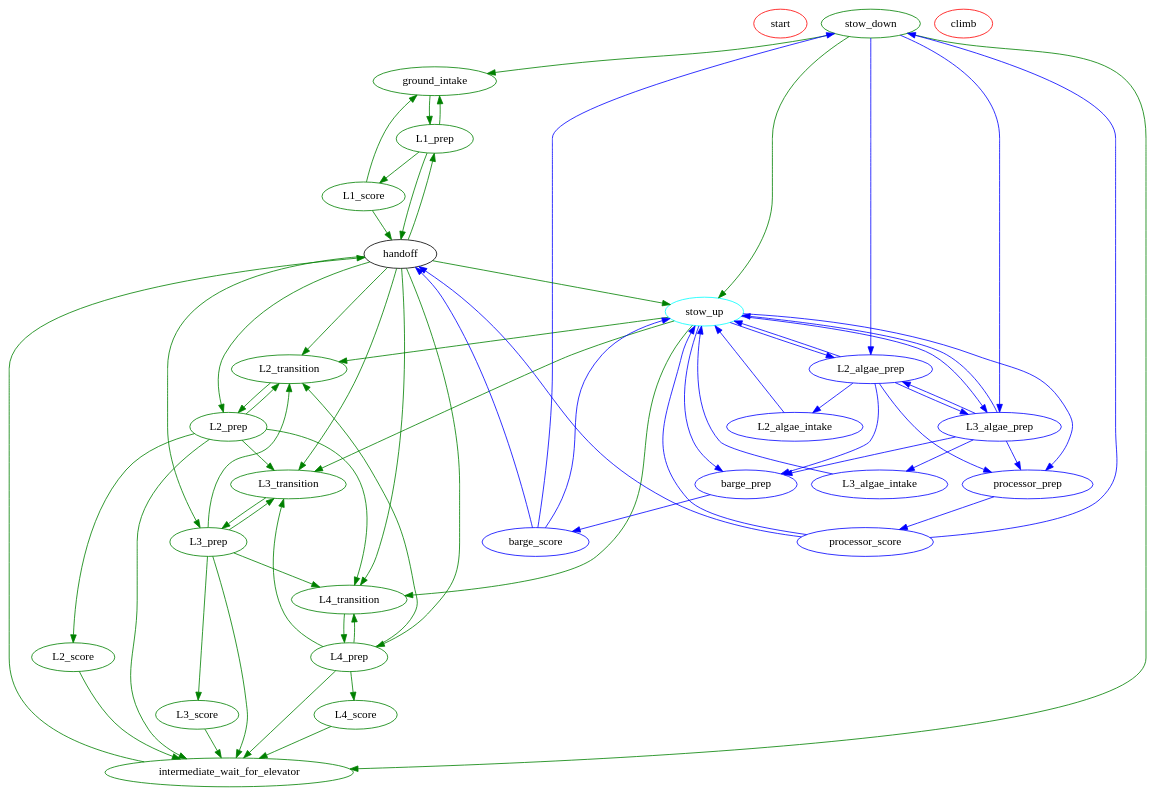
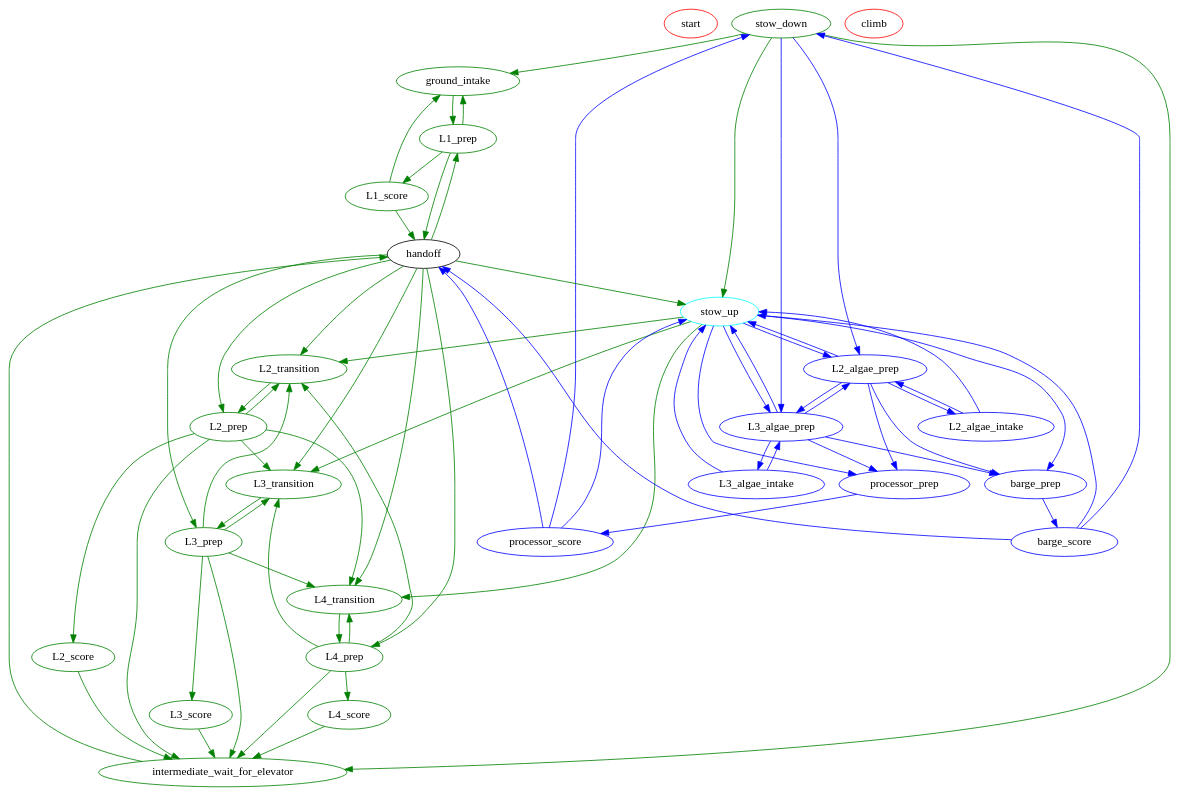
Before and after one commit to Team-190/2k25-Robot-Code: the diagram in src/main/java/frc/robot/subsystems/v3_Epsilon/superstructure/Superstructure.dot, drawn with Graphviz.

Commit message:
Added transition

```diff
--- a/src/main/java/frc/robot/subsystems/v3_Epsilon/superstructure/Superstructure.dot
+++ b/src/main/java/frc/robot/subsystems/v3_Epsilon/superstructure/Superstructure.dot
@@ -1,143 +1,145 @@
 digraph Superstructure {
   /*
    * Graphviz DOT file for the superstructure state machine.
    * States are represented as nodes, and transitions are represented as edges.
   */
 
   // Node definitions
   start [color = red]
 
   stow_down [color = green]
 
   ground_intake [color = green]
 
   L1_score [color = green]
   L2_score [color = green]
   L3_score [color = green]
   L4_score [color = green]
   
   stow_up [color = cyan]
   
   L2_algae_prep [color = blue]
   L3_algae_prep [color = blue]
   
   L2_algae_intake [color = blue]
   L3_algae_intake [color = blue]
 
   barge_prep [color = blue]
   barge_score [color = blue]
   
   processor_prep [color = blue]
   processor_score [color = blue]
 
   # Prep states
   L1_prep [color = green]
   L2_prep [color = green]
   L3_prep [color = green]
   L4_prep [color = green]
 
   # Transition States
   L2_transition [color = green]
   L3_transition [color = green]
   L4_transition [color = green]
 
   climb [color = red]
   
   # Transition states are inherently wait_for_elevator states but for different levels
   intermediate_wait_for_elevator [color = green]
   
   # Basic Handoff Edges
   stow_down -> stow_up [color = green]
   handoff -> stow_up [color = green]
   
   stow_up -> L2_transition [color = green]
   stow_up -> L3_transition [color = green]
   stow_up -> L4_transition [color = green]
    
   # Coral Edges
   handoff -> L1_prep [color = green]
   handoff -> L2_transition [color = green]
   handoff -> L3_transition [color = green]
   handoff -> L4_transition [color = green]
   
   handoff -> L2_prep [color = green]
   handoff -> L3_prep [color = green]
   handoff -> L4_prep [color = green]
 
   stow_down -> intermediate_wait_for_elevator [color = green]
   intermediate_wait_for_elevator -> handoff [color = green]
   ground_intake -> L1_prep [color = green]
   stow_down -> ground_intake [color = green]
 
   L1_prep -> ground_intake [color = green]
 
   L1_prep -> L1_score [color = green]
   L2_prep -> L2_score [color = green]
   L3_prep -> L3_score [color = green]
   L4_prep -> L4_score [color = green]
 
   L2_prep -> intermediate_wait_for_elevator [color = green]
   L3_prep -> intermediate_wait_for_elevator [color = green]
   L4_prep -> intermediate_wait_for_elevator [color = green]
   
   L1_score -> ground_intake [color = green]
   L1_prep -> handoff [color = green]
   L1_score -> handoff [color = green]
     
   L2_score -> intermediate_wait_for_elevator [color = green]
   L3_score -> intermediate_wait_for_elevator [color = green]
   L4_score -> intermediate_wait_for_elevator [color = green]
 
   L2_prep -> L3_transition [color = green]
   L2_prep -> L4_transition [color = green]
   L3_prep -> L2_transition [color = green]
   L3_prep -> L4_transition [color = green]
   L4_prep -> L3_transition [color = green]
   L4_prep -> L2_transition [color = green]
 
   L2_transition -> L2_prep [color = green]
   L3_transition -> L3_prep [color = green]
   L4_transition -> L4_prep [color = green]
 
   L2_prep -> L2_transition [color = green]
   L3_prep -> L3_transition [color = green]
   L4_prep -> L4_transition [color = green]
   
   # Algae Edges
   stow_up -> L2_algae_prep [color = blue]
   stow_up -> L3_algae_prep [color = blue]
   stow_up -> barge_prep [color = blue]
   stow_up -> processor_prep [color = blue]
   
   stow_down -> L2_algae_prep [color = blue]
   stow_down -> L3_algae_prep [color = blue]
   
   L2_algae_prep -> barge_prep [color = blue]
   L3_algae_prep -> barge_prep [color = blue]
   
   L2_algae_prep -> processor_prep [color = blue]
   L3_algae_prep -> processor_prep [color = blue]
   
   L2_algae_prep -> stow_up [color = blue]
   L3_algae_prep -> stow_up [color = blue]
   
   L2_algae_prep -> L2_algae_intake [color = blue]
+  L2_algae_intake -> L2_algae_prep [color = blue]
+  L3_algae_intake -> L3_algae_prep [color = blue]
   L3_algae_prep -> L3_algae_intake [color = blue]
   
   L2_algae_intake -> stow_up [color = blue]
   L3_algae_intake -> stow_up [color = blue]
   
   barge_prep -> barge_score [color = blue]
   processor_prep -> processor_score [color = blue]
   
   processor_score -> stow_up [color = blue]
   processor_score -> stow_down [color = blue]
   processor_score -> handoff [color = blue]
   
   barge_score -> stow_up [color = blue]
   barge_score -> stow_down [color = blue]
   barge_score -> handoff [color = blue]
   
   L2_algae_prep -> L3_algae_prep [color = blue]
   L3_algae_prep -> L2_algae_prep [color = blue]
 }
```
